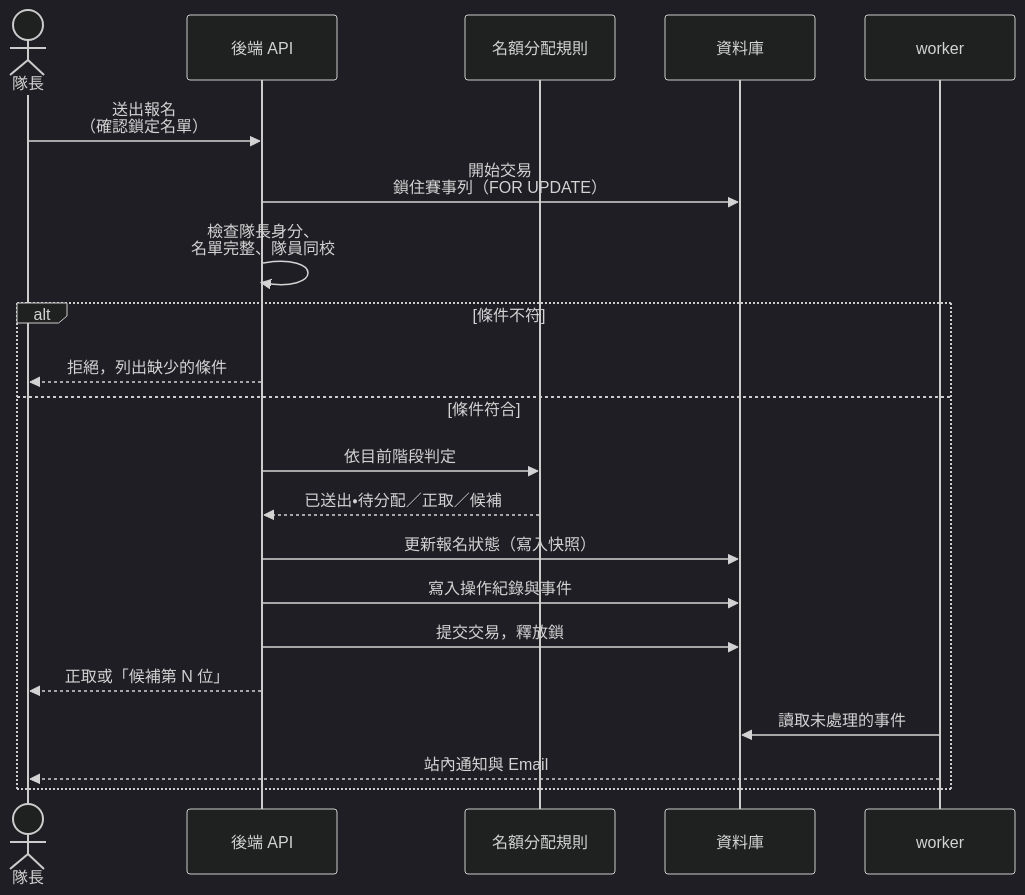
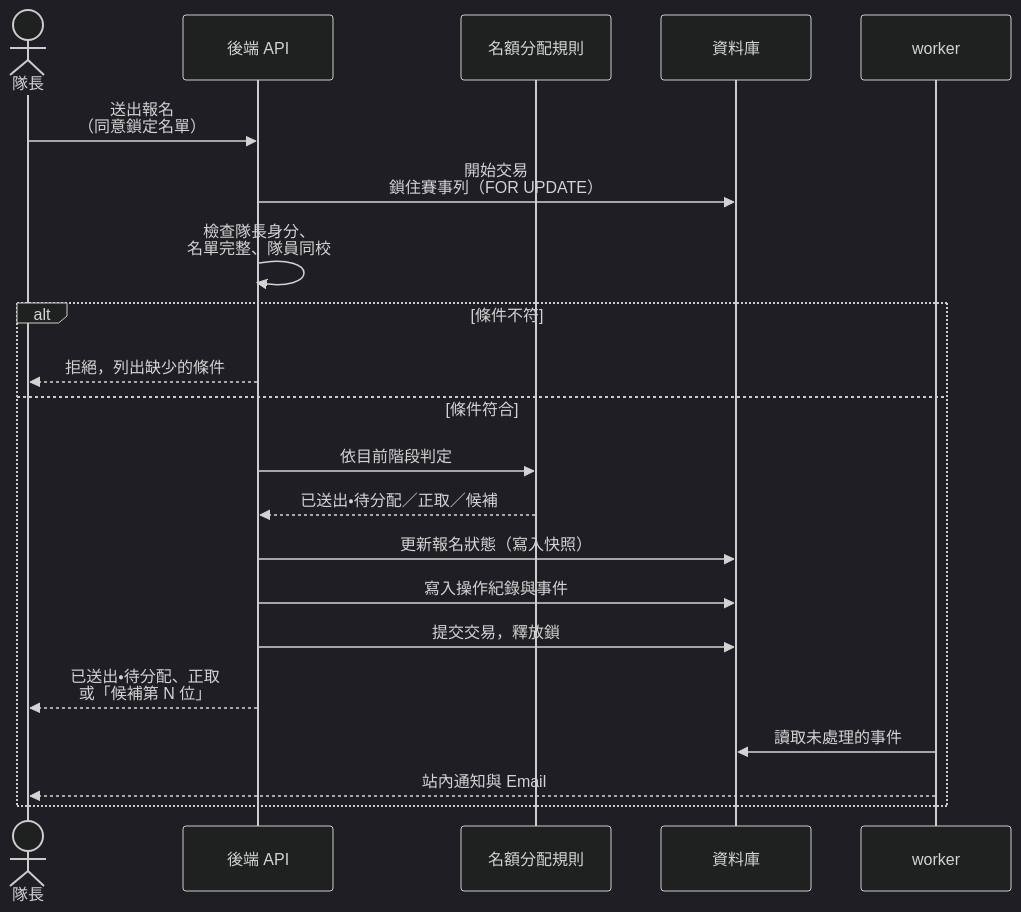
One commit to Team14good/esport-platform changed diagram 17 of 19 in docs/midterm/B-軟體需求分析文件.md. Above: the diagram before and after it, drawn with Mermaid (dark theme). The commit also changed other lines of this file and 11 other files, not shown here.

````diff
--- a/docs/midterm/B-軟體需求分析文件.md
+++ b/docs/midterm/B-軟體需求分析文件.md
@@ -1347,23 +1351,23 @@
 ```mermaid
 sequenceDiagram
   actor Cap as 隊長
   participant API as 後端 API
   participant AP as 名額分配規則
   participant DB as 資料庫
   participant W as worker
-  Cap->>API: 送出報名<br/>（確認鎖定名單）
+  Cap->>API: 送出報名<br/>（同意鎖定名單）
   API->>DB: 開始交易<br/>鎖住賽事列（FOR UPDATE）
   API->>API: 檢查隊長身分、<br/>名單完整、隊員同校
   alt 條件不符
     API-->>Cap: 拒絕，列出缺少的條件
   else 條件符合
     API->>AP: 依目前階段判定
     AP-->>API: 已送出・待分配／正取／候補
     API->>DB: 更新報名狀態（寫入快照）
     API->>DB: 寫入操作紀錄與事件
     API->>DB: 提交交易，釋放鎖
-    API-->>Cap: 正取或「候補第 N 位」
+    API-->>Cap: 已送出・待分配、正取<br/>或「候補第 N 位」
     W->>DB: 讀取未處理的事件
     W-->>Cap: 站內通知與 Email
   end
 ```
````
